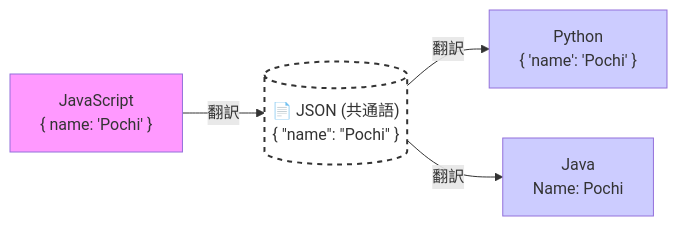
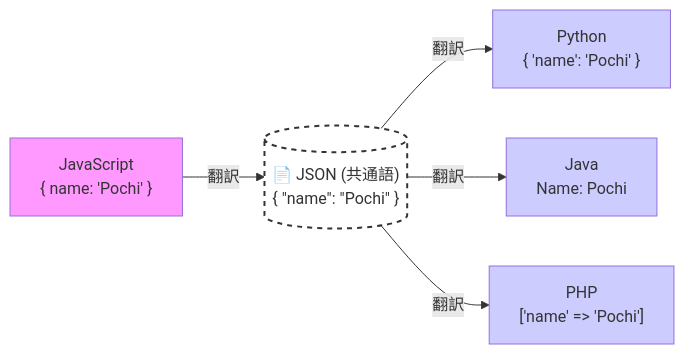
The second of 2 diagrams in D10.md (komiyamma/site_ichika_study_async_await_fetch), drawn with Mermaid before and after one commit.

Commit message:
docs: D10.mdの学習内容を更新しました。

````diff
--- a/D10.md
+++ b/D10.md
@@ -159,11 +159,13 @@
 ```mermaid
 graph LR
     JS["JavaScript<br>{ name: 'Pochi' }"] -->|翻訳| JSON[("📄 JSON (共通語)<br>{ &quot;name&quot;: &quot;Pochi&quot; }")]
     JSON -->|翻訳| Py["Python<br>{ 'name': 'Pochi' }"]
     JSON -->|翻訳| Java["Java<br>Name: Pochi"]
+    JSON -->|翻訳| PHP["PHP<br>['name' => 'Pochi']"]
     
     style JS fill:#f9f
     style JSON fill:#fff,stroke:#333,stroke-width:2px,stroke-dasharray: 5 5
     style Py fill:#ccf
     style Java fill:#ccf
+    style PHP fill:#ccf
 ```
````
